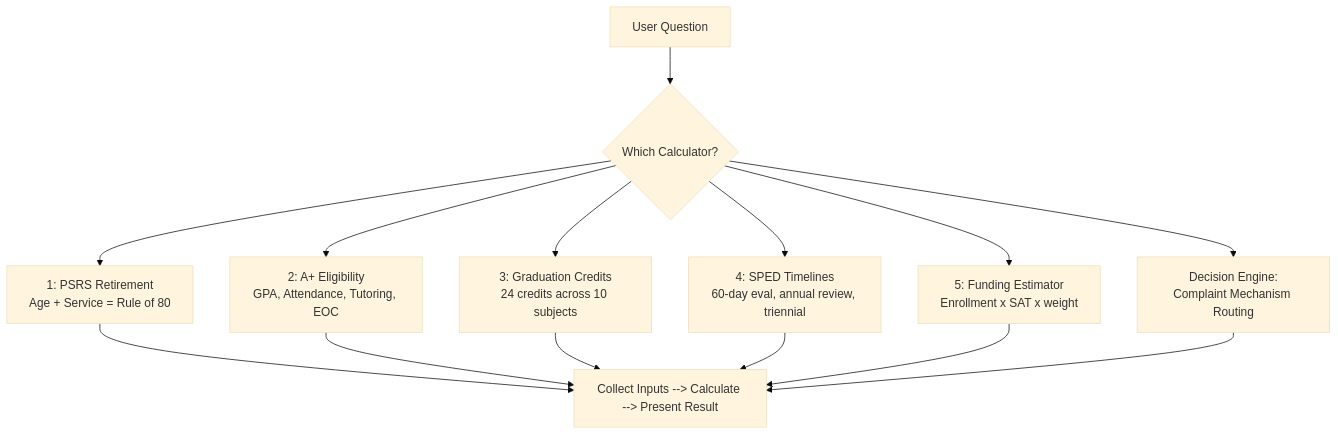
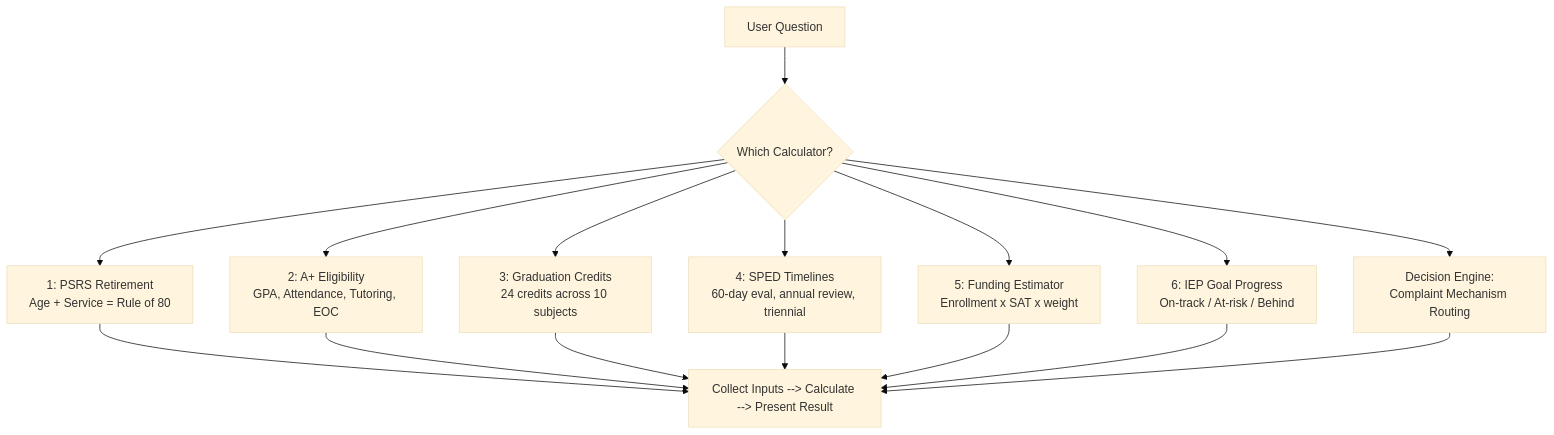
One commit to dougdevitre/access-to-education changed the diagram in scripts/calculators.md. Above: the diagram before and after it, drawn with Mermaid (base theme). The commit also changed other lines of this file and 3 other files, not shown here.

````diff
--- a/scripts/calculators.md
+++ b/scripts/calculators.md
@@ -5,16 +5,18 @@
 ```mermaid
 graph TD
     Q[User Question] --> R{Which Calculator?}
     R --> C1["1: PSRS Retirement<br/>Age + Service = Rule of 80"]
     R --> C2["2: A+ Eligibility<br/>GPA, Attendance, Tutoring, EOC"]
     R --> C3["3: Graduation Credits<br/>24 credits across 10 subjects"]
     R --> C4["4: SPED Timelines<br/>60-day eval, annual review, triennial"]
     R --> C5["5: Funding Estimator<br/>Enrollment x SAT x weight"]
+    R --> C6["6: IEP Goal Progress<br/>On-track / At-risk / Behind"]
     R --> DE["Decision Engine:<br/>Complaint Mechanism Routing"]
     C1 --> O[Collect Inputs --> Calculate --> Present Result]
     C2 --> O
     C3 --> O
     C4 --> O
     C5 --> O
+    C6 --> O
     DE --> O
 ```
````
